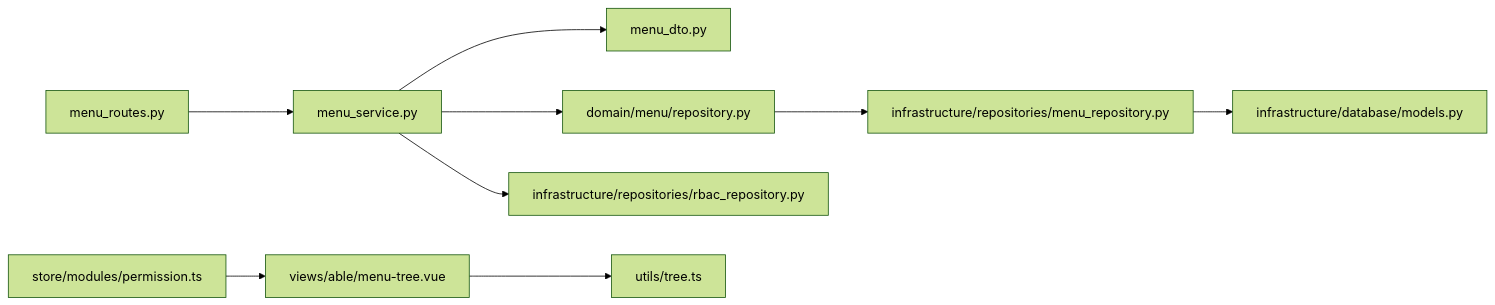
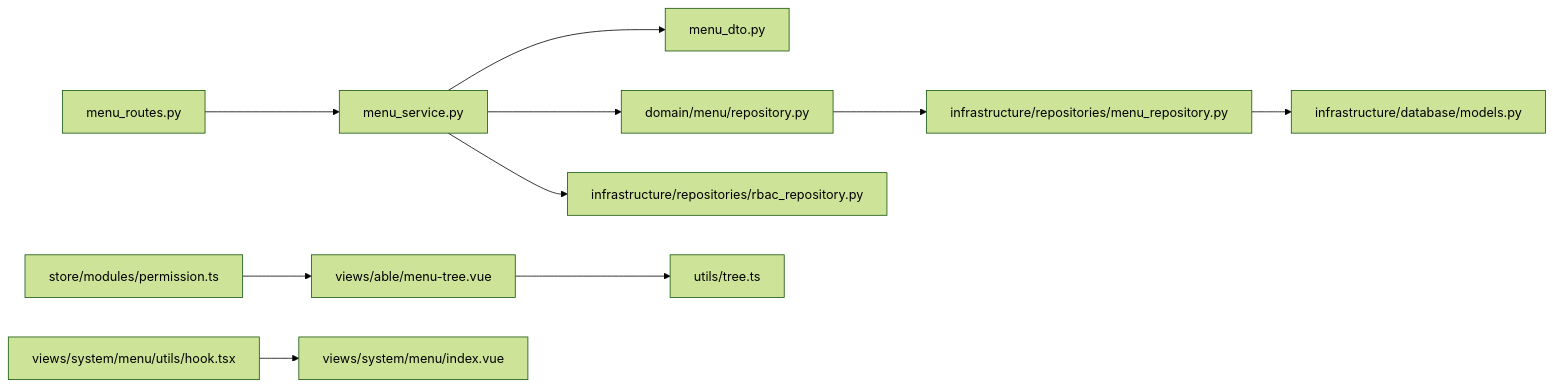
The eighth of 9 diagrams in .qoder/repowiki/zh/content/数据库设计/数据模型设计/菜单实体模型.md (taoweidong/Hello-FastApi), drawn with Mermaid (forest theme) before and after one commit. The commit also changed other lines of this file and 11 other files, not shown here.

````diff
--- a/.qoder/repowiki/zh/content/数据库设计/数据模型设计/菜单实体模型.md
+++ b/.qoder/repowiki/zh/content/数据库设计/数据模型设计/菜单实体模型.md
@@ -353,11 +466,12 @@
 ```mermaid
 graph LR
 API["menu_routes.py"] --> SVC["menu_service.py"]
 SVC --> DTO["menu_dto.py"]
 SVC --> INTF["domain/menu/repository.py"]
 INTF --> IMPL["infrastructure/repositories/menu_repository.py"]
 IMPL --> MODEL["infrastructure/database/models.py"]
 SVC --> RBAC["infrastructure/repositories/rbac_repository.py"]
 STORE["store/modules/permission.ts"] --> VIEW["views/able/menu-tree.vue"]
 VIEW --> UTILS["utils/tree.ts"]
+HOOK["views/system/menu/utils/hook.tsx"] --> PAGE["views/system/menu/index.vue"]
 ```
````
